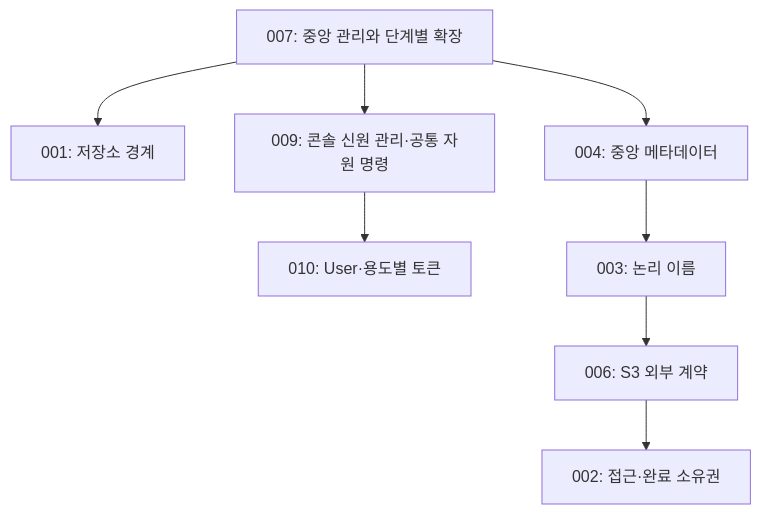
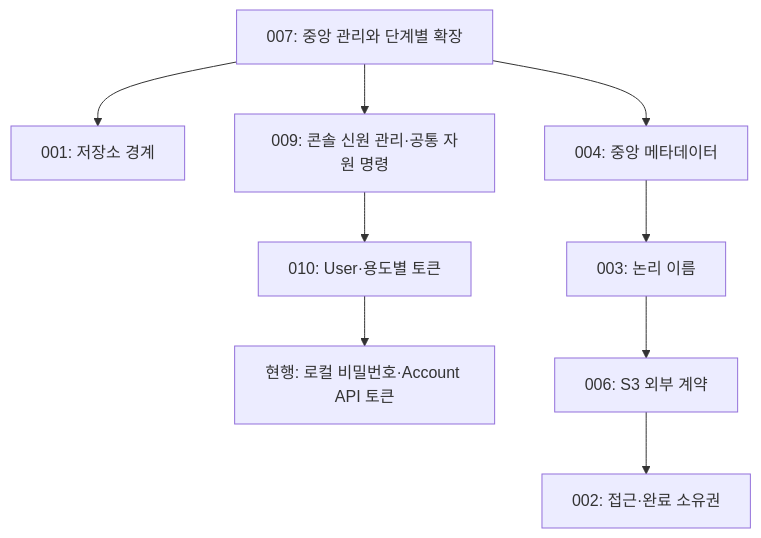
The diagram in docs/adr/README.md (cagojeiger/grove-storage), drawn with Mermaid before and after one commit. The commit also changed other lines of this file and 12 other files, not shown here.

````diff
--- a/docs/adr/README.md
+++ b/docs/adr/README.md
@@ -8,10 +8,11 @@
 ```mermaid
 flowchart TD
     G["007: 중앙 관리와 단계별 확장"] --> S["001: 저장소 경계"]
     G --> I["009: 콘솔 신원 관리·공통 자원 명령"]
     I --> U["010: User·용도별 토큰"]
+    U --> L["현행: 로컬 비밀번호·Account API 토큰"]
     G --> M["004: 중앙 메타데이터"]
     M --> N["003: 논리 이름"]
     N --> A["006: S3 외부 계약"]
     A --> R["002: 접근·완료 소유권"]
 ```
````
